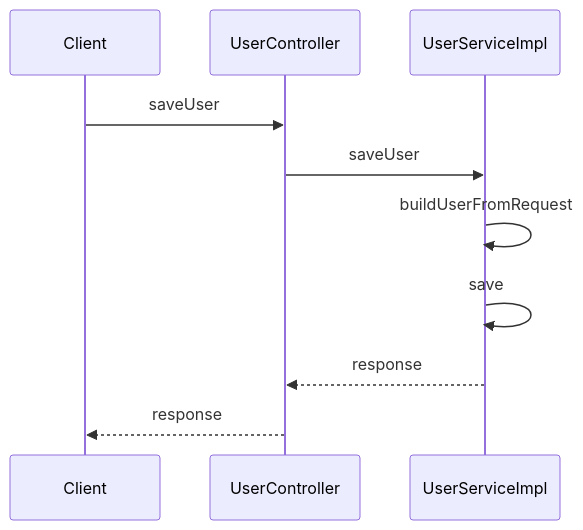
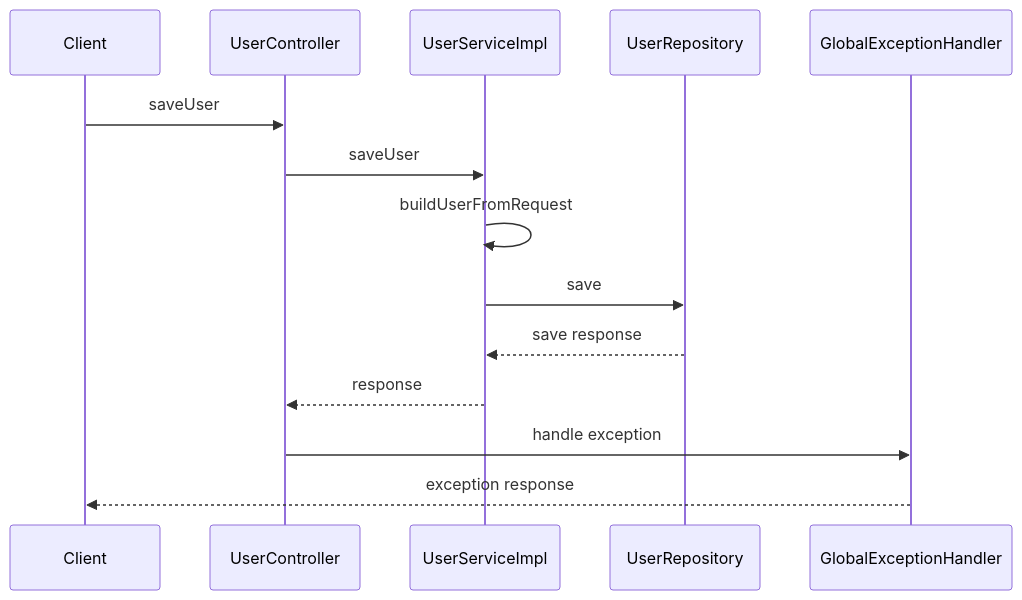
One commit to camilitwo/test-bci changed the second of 2 diagrams in src/main/docs/diagramas/Secuencia.md. Above: the diagram before and after it, drawn with Mermaid. The commit also changed other lines of this file and 2 other files, not shown here.

Commit message:
actualizacion de diagramas

````diff
--- a/src/main/docs/diagramas/Secuencia.md
+++ b/src/main/docs/diagramas/Secuencia.md
@@ -15,13 +24,18 @@
 ```mermaid
 sequenceDiagram
   participant Client
   participant UserController
   participant UserServiceImpl
+  participant UserRepository
+  participant GlobalExceptionHandler
 
   Client->>UserController: saveUser
   UserController->>UserServiceImpl: saveUser
   UserServiceImpl->>UserServiceImpl: buildUserFromRequest
-  UserServiceImpl->>UserServiceImpl: save
+  UserServiceImpl->>UserRepository: save
+  UserRepository-->>UserServiceImpl: save response
   UserServiceImpl-->>UserController: response
-  UserController-->>Client: response
+  UserController->>GlobalExceptionHandler: handle exception
+  GlobalExceptionHandler-->>Client: exception response
+
 ```
````
